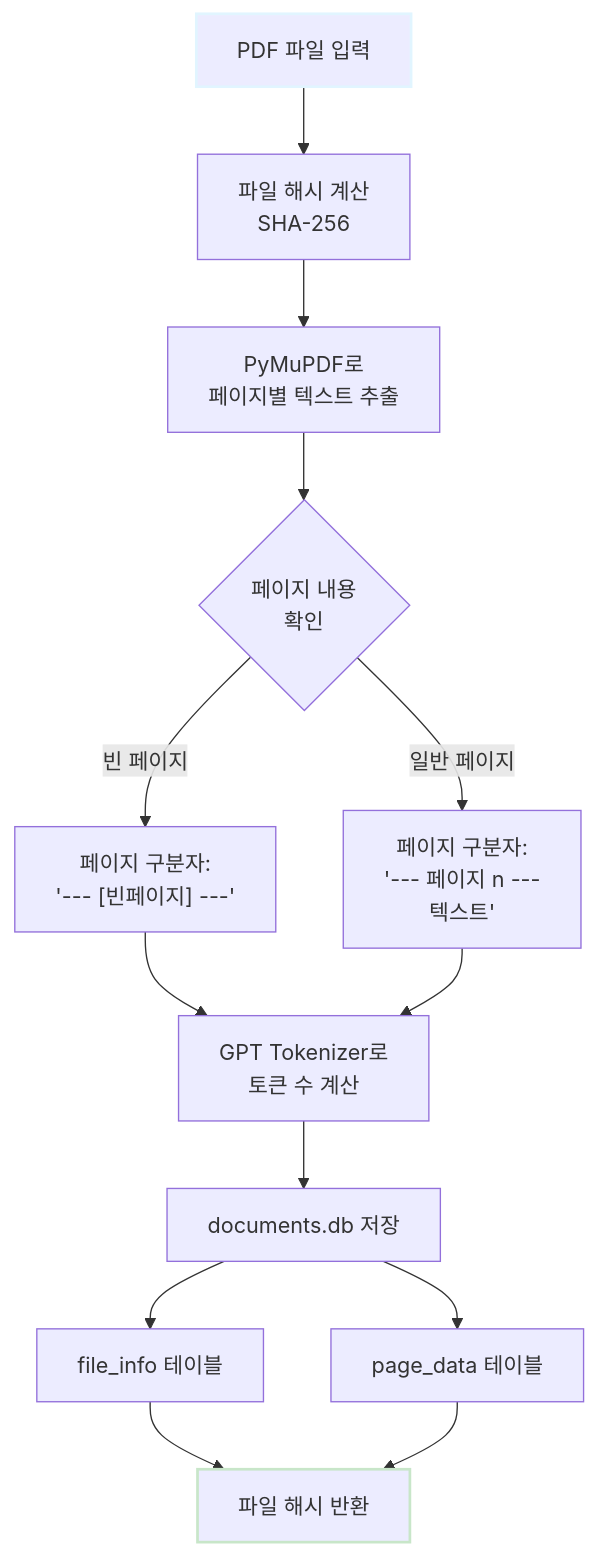
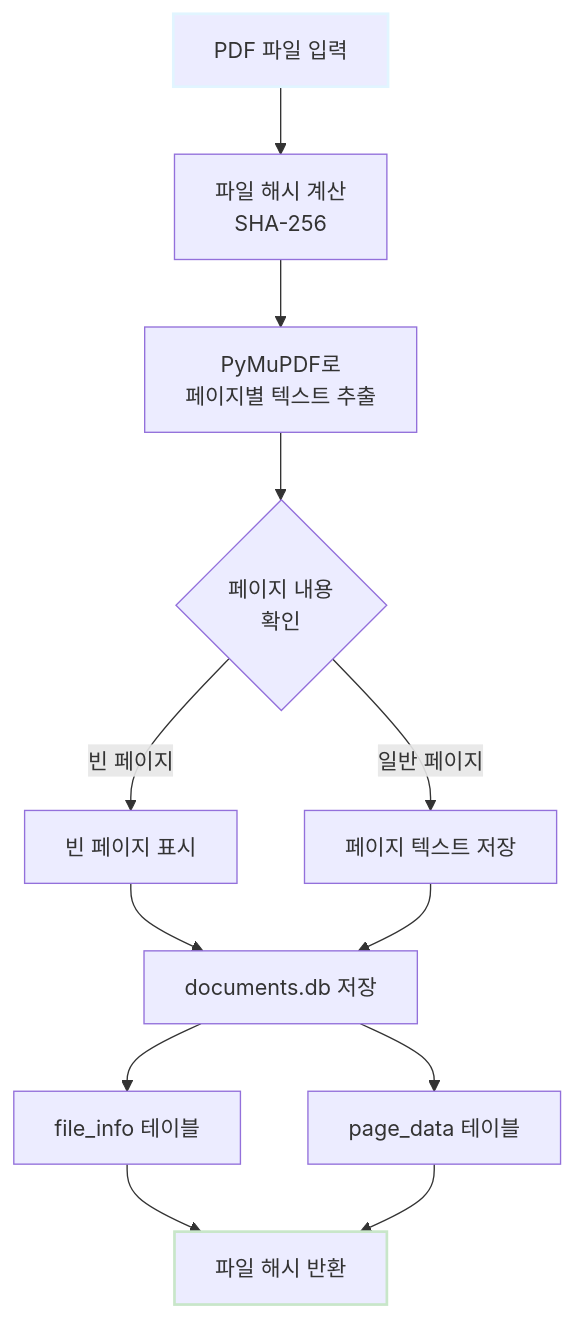
Before and after one commit to c0z0c/codeit_ai_g2b_search: the second of 11 diagrams in docs/doc/시스템_아키텍처_설계서.md, drawn with Mermaid. The commit also changed other lines of this file and 7 other files, not shown here.

````diff
--- a/docs/doc/시스템_아키텍처_설계서.md
+++ b/docs/doc/시스템_아키텍처_설계서.md
@@ -157,18 +156,17 @@
 ```mermaid
 flowchart TD
     A[PDF 파일 입력] --> B[파일 해시 계산<br/>SHA-256]
     B --> C[PyMuPDF로<br/>페이지별 텍스트 추출]
     C --> D{페이지 내용<br/>확인}
-    D -->|빈 페이지| E1["페이지 구분자:<br/>'--- [빈페이지] ---'"]
-    D -->|일반 페이지| E2["페이지 구분자:<br/>'--- 페이지 n ---<br/>텍스트'"]
-    E1 --> F[GPT Tokenizer로<br/>토큰 수 계산]
+    D -->|빈 페이지| E1[빈 페이지 표시]
+    D -->|일반 페이지| E2[페이지 텍스트 저장]
+    E1 --> F[documents.db 저장]
     E2 --> F
-    F --> G[documents.db 저장]
-    G --> G1[file_info 테이블]
-    G --> G2[page_data 테이블]
-    G1 --> H[파일 해시 반환]
-    G2 --> H
+    F --> F1[file_info 테이블]
+    F --> F2[page_data 테이블]
+    F1 --> G[파일 해시 반환]
+    F2 --> G
 
     style A stroke-width:2px,stroke:#e1f5ff
-    style H stroke-width:2px,stroke:#c8e6c9
+    style G stroke-width:2px,stroke:#c8e6c9
 ```
````
